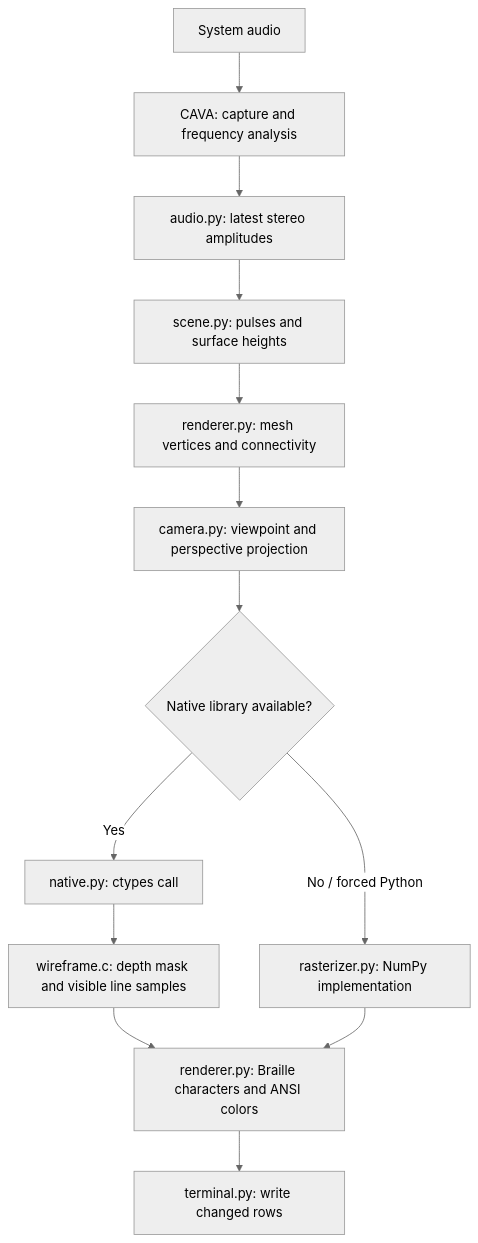
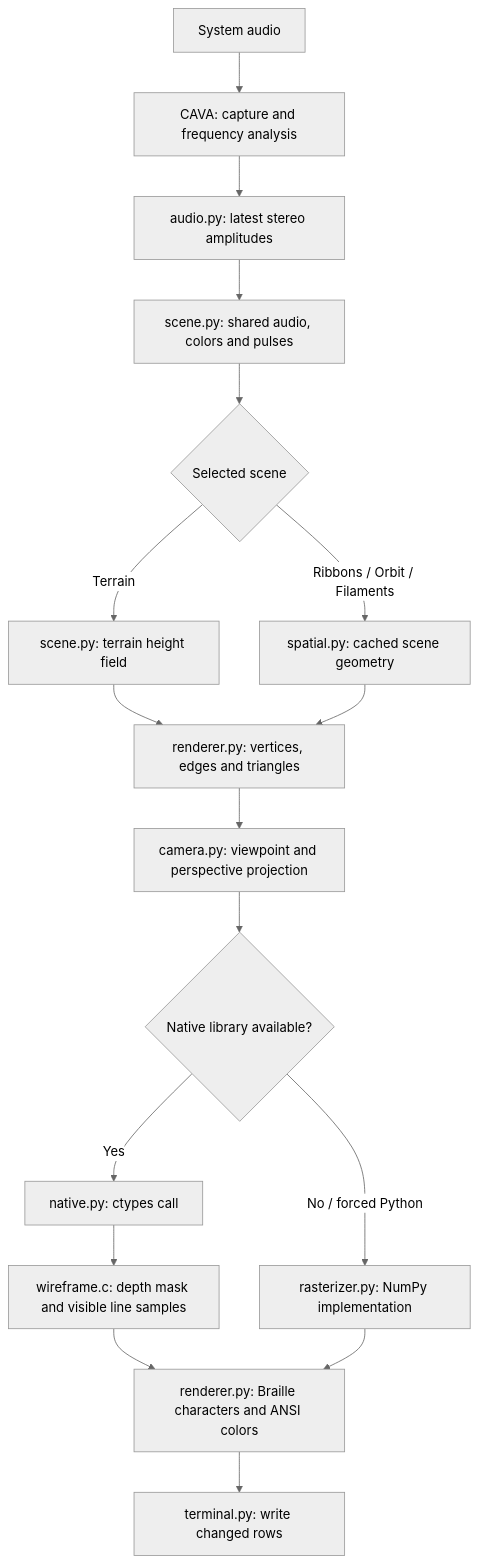
The diagram in docs/architecture.md (tjcanro/pulse-tui), drawn with Mermaid (neutral theme) before and after one commit. The commit also changed other lines of this file and 40 other files, not shown here.

Commit message:
Publish flowing scenes with animated README previews

````diff
--- a/docs/architecture.md
+++ b/docs/architecture.md
@@ -10,15 +10,19 @@
 ```mermaid
 flowchart TD
     Audio[System audio] --> CAVA[CAVA: capture and frequency analysis]
     CAVA --> Reader[audio.py: latest stereo amplitudes]
-    Reader --> Scene[scene.py: pulses and surface heights]
-    Scene --> Renderer[renderer.py: mesh vertices and connectivity]
+    Reader --> Scene[scene.py: shared audio, colors and pulses]
+    Scene --> Geometry{Selected scene}
+    Geometry -->|Terrain| Height[scene.py: terrain height field]
+    Geometry -->|Ribbons / Orbit / Filaments| Spatial[spatial.py: cached scene geometry]
+    Height --> Renderer[renderer.py: vertices, edges and triangles]
+    Spatial --> Renderer
     Renderer --> Camera[camera.py: viewpoint and perspective projection]
     Camera --> Choice{Native library available?}
     Choice -->|Yes| Bridge[native.py: ctypes call]
     Bridge --> C[wireframe.c: depth mask and visible line samples]
     Choice -->|No / forced Python| Portable[rasterizer.py: NumPy implementation]
     C --> Encode[renderer.py: Braille characters and ANSI colors]
     Portable --> Encode
     Encode --> Terminal[terminal.py: write changed rows]
 ```
````
